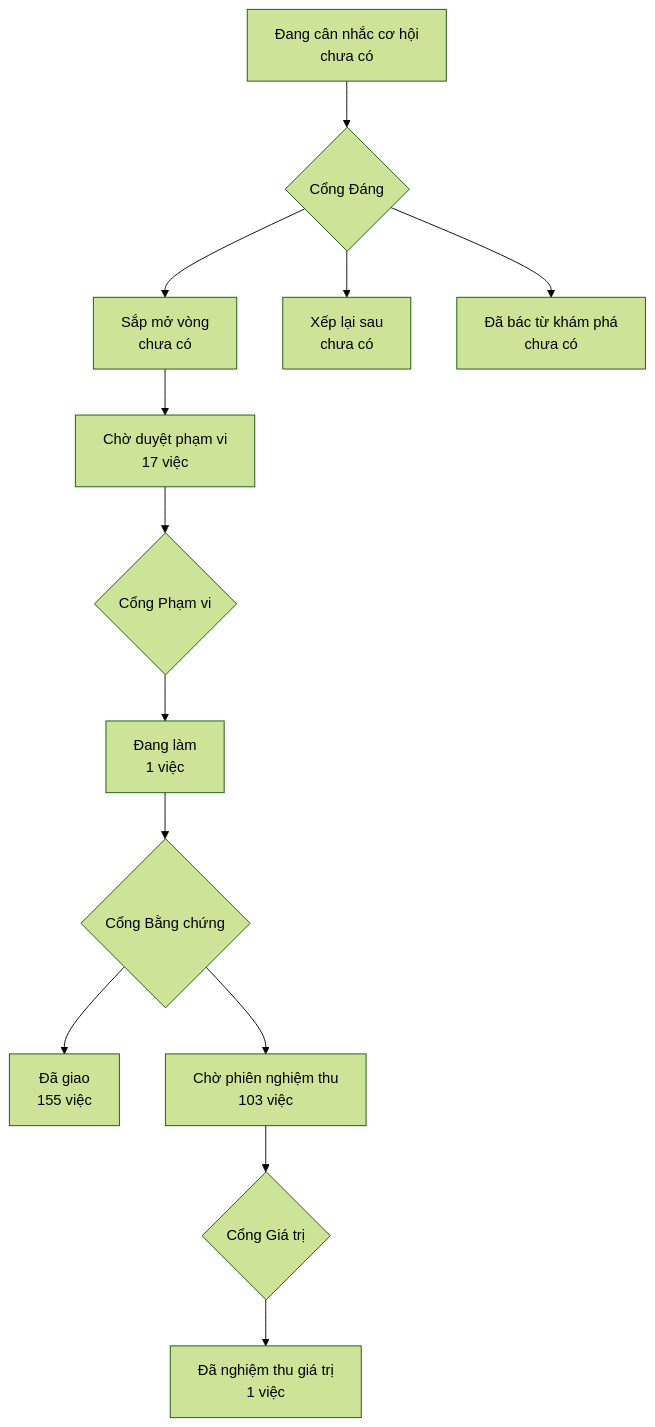
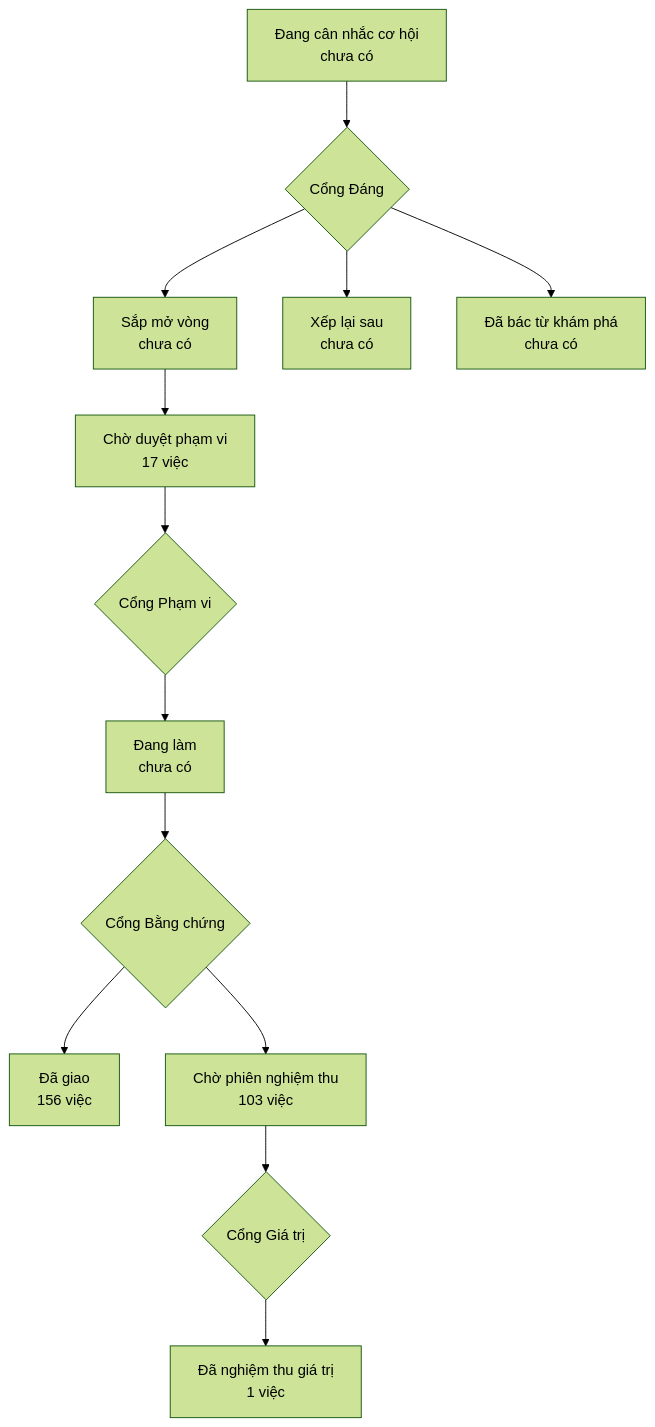
One commit to phanlemanh/onehub-invest changed the diagram in PRODUCT-MAP.md. Above: the diagram before and after it, drawn with Mermaid (forest theme). The commit also changed other lines of this file and 4 other files, not shown here.

````diff
--- a/PRODUCT-MAP.md
+++ b/PRODUCT-MAP.md
@@ -7,12 +7,12 @@
 ```mermaid
 flowchart TD
   A["Đang cân nhắc cơ hội<br/>chưa có"] --> GD{"Cổng Đáng"}
   GD --> B["Sắp mở vòng<br/>chưa có"]
   GD --> XL["Xếp lại sau<br/>chưa có"]
   GD --> DB["Đã bác từ khám phá<br/>chưa có"]
   B --> CD["Chờ duyệt phạm vi<br/>17 việc"] --> GP{"Cổng Phạm vi"}
-  GP --> DL["Đang làm<br/>1 việc"] --> GB{"Cổng Bằng chứng"}
-  GB --> DG["Đã giao<br/>155 việc"]
+  GP --> DL["Đang làm<br/>chưa có"] --> GB{"Cổng Bằng chứng"}
+  GB --> DG["Đã giao<br/>156 việc"]
   GB --> CN["Chờ phiên nghiệm thu<br/>103 việc"] --> GG{"Cổng Giá trị"}
   GG --> NT["Đã nghiệm thu giá trị<br/>1 việc"]
 ```
````
